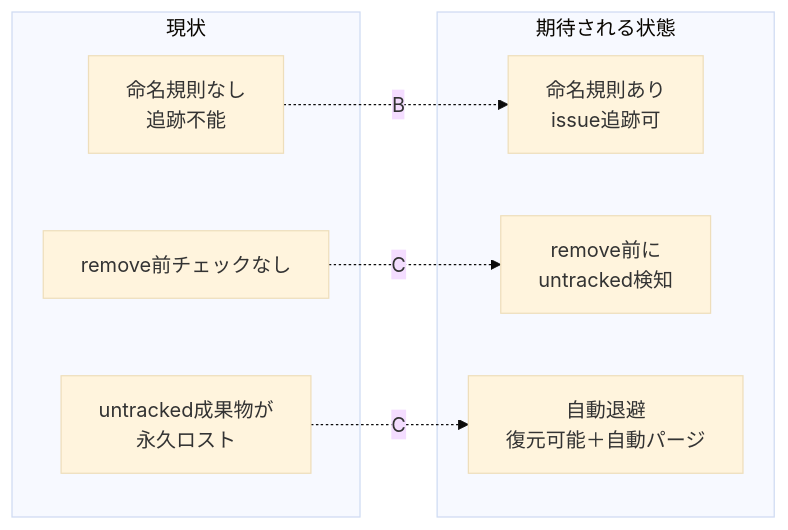
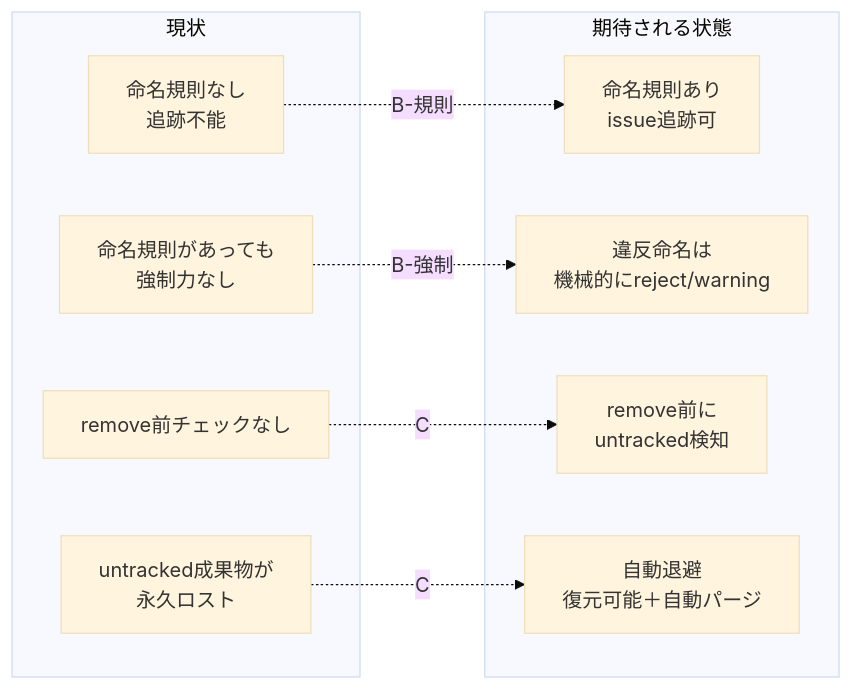
One commit to techbeansjp-free/AGENTS.md changed the second of 2 diagrams in docs/maintainer/workflow/20260716_013937_worktree運用規律/00_要求定義.md. Above: the diagram before and after it, drawn with Mermaid (base theme). The commit also changed other lines of this file and 1 other file, not shown here.

````diff
--- a/docs/maintainer/workflow/20260716_013937_worktree運用規律/00_要求定義.md
+++ b/docs/maintainer/workflow/20260716_013937_worktree運用規律/00_要求定義.md
@@ -87,18 +92,21 @@
 ```mermaid
 flowchart LR
     subgraph 現状["現状"]
         A1[命名規則なし<br/>追跡不能]
+        A0[命名規則があっても<br/>強制力なし]
         A2[remove前チェックなし]
         A3[untracked成果物が<br/>永久ロスト]
     end
 
     subgraph 期待される状態["期待される状態"]
         B1[命名規則あり<br/>issue追跡可]
+        B0[違反命名は<br/>機械的にreject/warning]
         B2[remove前に<br/>untracked検知]
         B3[自動退避<br/>復元可能＋自動パージ]
     end
 
-    A1 -.->|B| B1
+    A1 -.->|B-規則| B1
+    A0 -.->|B-強制| B0
     A2 -.->|C| B2
     A3 -.->|C| B3
 ```
````
